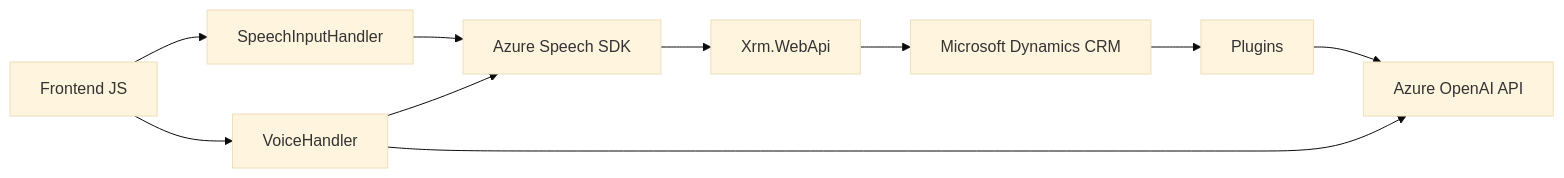
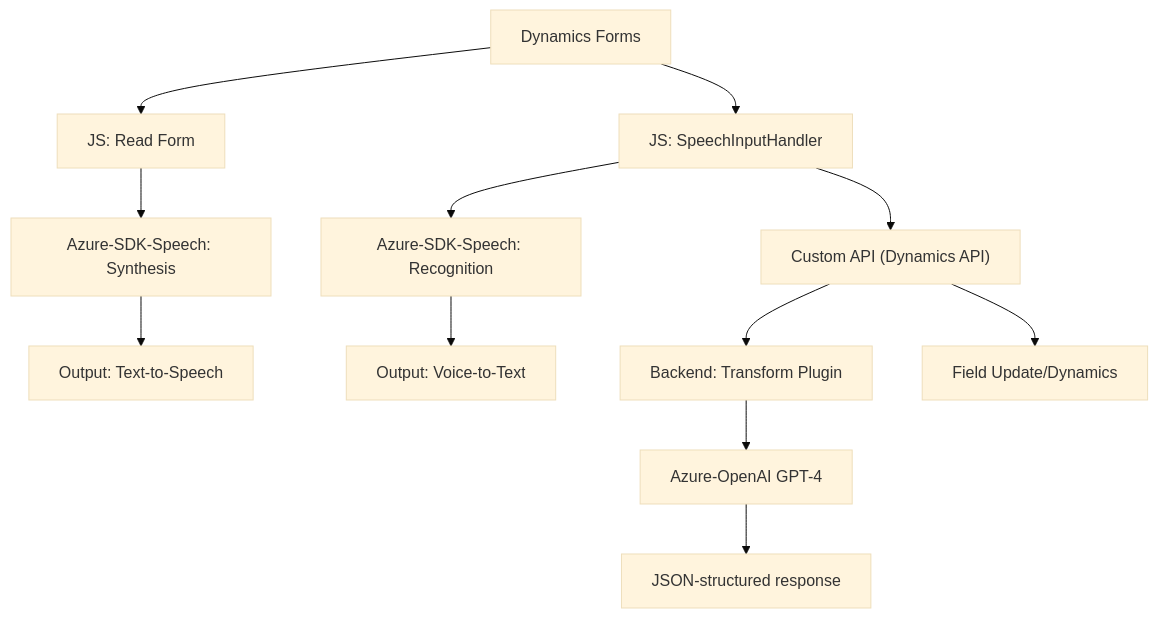
The diagram in README.md (blopezdm/NETCORE_BILBAO2025), drawn with Mermaid (base theme) before and after one commit. The commit also changed other lines of this file, not shown here.

````diff
--- a/README.md
+++ b/README.md
@@ -35,21 +29,17 @@
 ```mermaid
-graph LR
-    A["Frontend JS"]
-    B["SpeechInputHandler"]
-    C["VoiceHandler"]
-    D["Microsoft Dynamics CRM"]
-    E["Plugins"]
-    F["Azure Speech SDK"]
-    G["Azure OpenAI API"]
-    H["Xrm.WebApi"]
+graph TD
+    A["Dynamics Forms"] --> B["JS: Read Form"]
+    A --> C["JS: SpeechInputHandler"]
 
-    A --> B
-    A --> C
-    B --> F
-    F --> H
-    C --> F
-    C --> G
-    H --> D
-    E --> G
-    D --> E
+    B --> D["Azure-SDK-Speech: Synthesis"]
+    C --> E["Azure-SDK-Speech: Recognition"]
+    C --> F["Custom API (Dynamics API)"]
+
+    F --> G["Backend: Transform Plugin"]
+    G --> H["Azure-OpenAI GPT-4"]
+
+    D --> I["Output: Text-to-Speech"]
+    E --> J["Output: Voice-to-Text"]
+    H --> K["JSON-structured response"]
+    F --> L["Field Update/Dynamics"]
 ```
````
